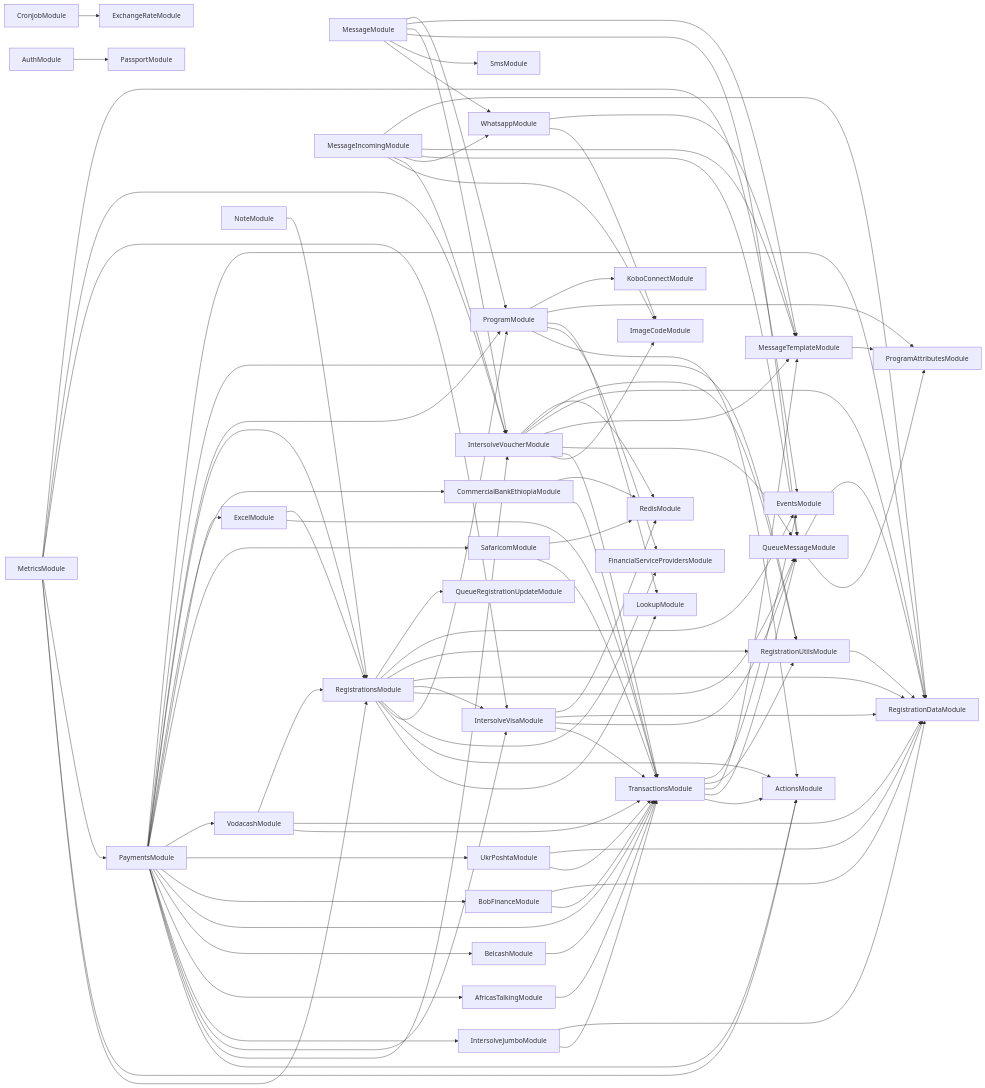
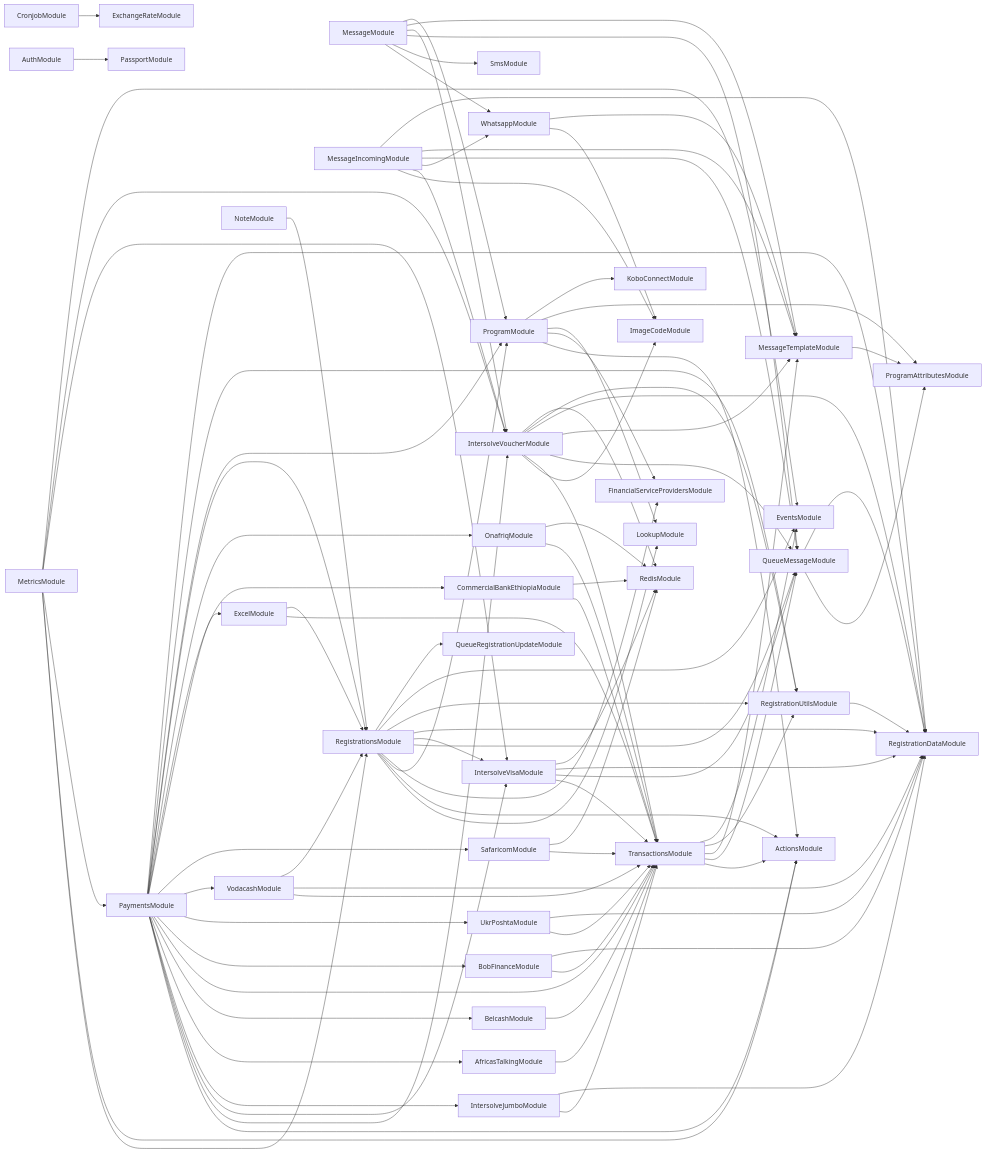
Before and after one commit to global-121/121-platform: the diagram in services/121-service/module-dependencies.md, drawn with Mermaid. The commit also changed 19 other files, not shown here.

```diff
--- a/services/121-service/module-dependencies.md
+++ b/services/121-service/module-dependencies.md
@@ -79,6 +79,9 @@
   PaymentsModule-->CommercialBankEthiopiaModule
   CommercialBankEthiopiaModule-->TransactionsModule
   CommercialBankEthiopiaModule-->RedisModule
+  PaymentsModule-->OnafriqModule
+  OnafriqModule-->TransactionsModule
+  OnafriqModule-->RedisModule
   PaymentsModule-->RegistrationsModule
   PaymentsModule-->ProgramModule
   PaymentsModule-->RegistrationUtilsModule
```
